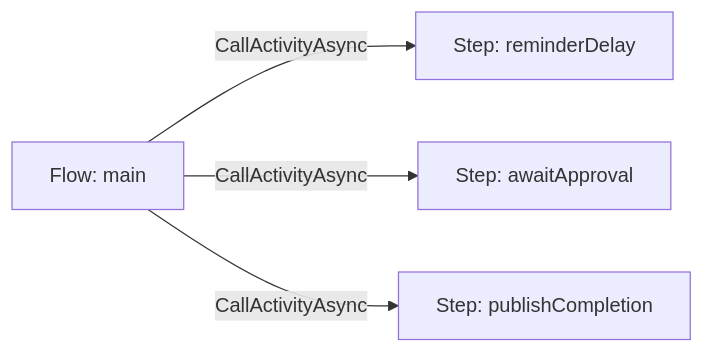
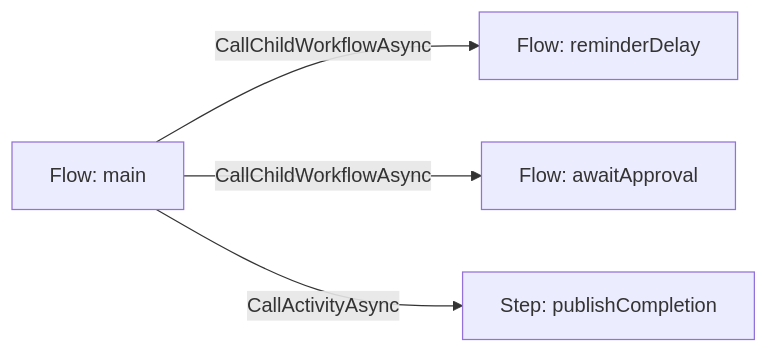
The fourth of 6 diagrams in docs/roadmaps/workflow-runtime-architecture.md (tonylibs/dapr-workflow-spec), drawn with Mermaid before and after one commit. The commit also changed other lines of this file, not shown here.

Commit message:
docs(runtime): describe leaf Flow controllers and dataflow companions

````diff
--- a/docs/roadmaps/workflow-runtime-architecture.md
+++ b/docs/roadmaps/workflow-runtime-architecture.md
@@ -294,6 +299,6 @@
 ```mermaid
 flowchart LR
-  Main["Flow: main"] -->|CallActivityAsync| Wait["Step: reminderDelay"]
-  Main -->|CallActivityAsync| Listen["Step: awaitApproval"]
+  Main["Flow: main"] -->|CallChildWorkflowAsync| Wait["Flow: reminderDelay"]
+  Main -->|CallChildWorkflowAsync| Listen["Flow: awaitApproval"]
   Main -->|CallActivityAsync| Emit["Step: publishCompletion"]
 ```
````
